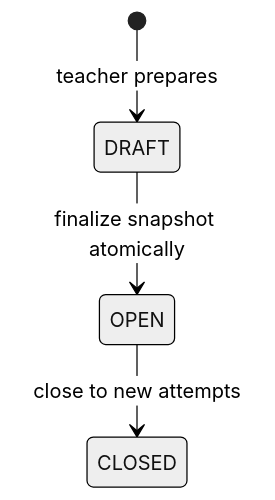
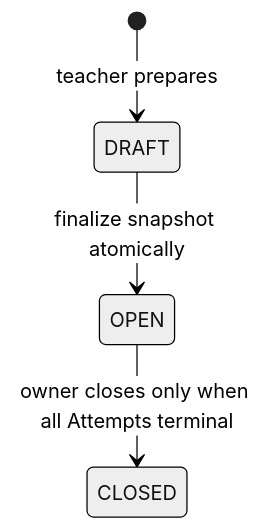
Before and after one commit to hhtuann/Quizopia_2.0: the fourth of 7 diagrams in docs/specifications/state-machines.md, drawn with Mermaid (neutral theme). The commit also changed other lines of this file and 14 other files, not shown here.

````diff
--- a/docs/specifications/state-machines.md
+++ b/docs/specifications/state-machines.md
@@ -49,6 +49,6 @@
 ```mermaid
 stateDiagram-v2
     [*] --> DRAFT: teacher prepares
     DRAFT --> OPEN: finalize snapshot atomically
-    OPEN --> CLOSED: close to new attempts
+    OPEN --> CLOSED: owner closes only when all Attempts terminal
 ```
````
